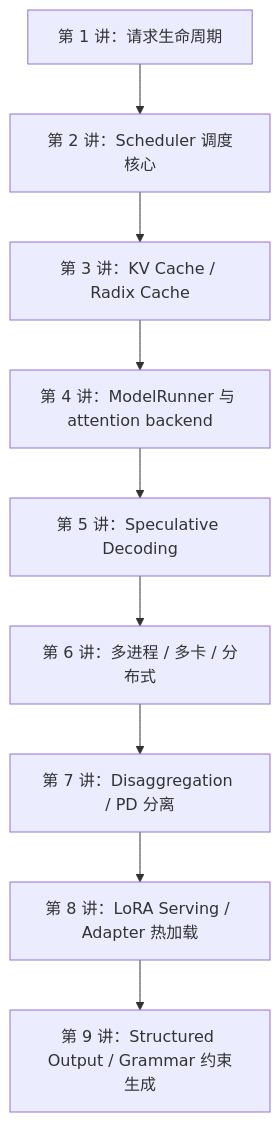
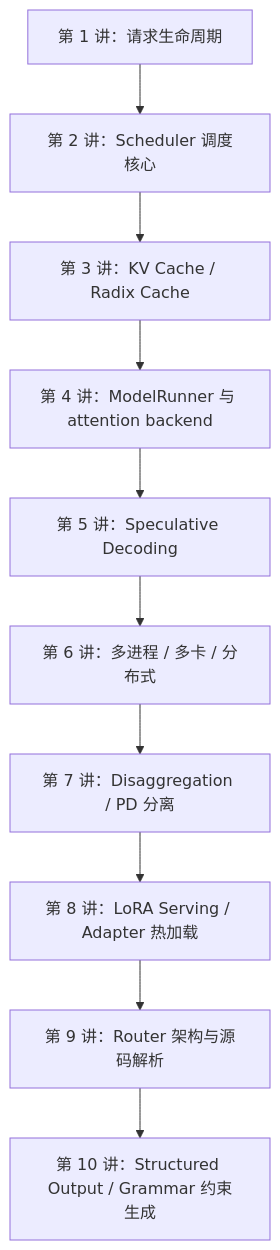
One commit to cl-vv-h/SGLang_Tutor changed the diagram in learning/sglang-source-reading/README.md. Above: the diagram before and after it, drawn with Mermaid. The commit also changed other lines of this file and 1 other file, not shown here.

Commit message:
Add router source reading lesson

````diff
--- a/learning/sglang-source-reading/README.md
+++ b/learning/sglang-source-reading/README.md
@@ -7,11 +7,12 @@
 ```mermaid
 flowchart TD
   A["第 1 讲：请求生命周期"] --> B["第 2 讲：Scheduler 调度核心"]
   B --> C["第 3 讲：KV Cache / Radix Cache"]
   C --> D["第 4 讲：ModelRunner 与 attention backend"]
   D --> E["第 5 讲：Speculative Decoding"]
   E --> F["第 6 讲：多进程 / 多卡 / 分布式"]
   F --> G["第 7 讲：Disaggregation / PD 分离"]
   G --> H["第 8 讲：LoRA Serving / Adapter 热加载"]
-  H --> I["第 9 讲：Structured Output / Grammar 约束生成"]
+  H --> I["第 9 讲：Router 架构与源码解析"]
+  I --> J["第 10 讲：Structured Output / Grammar 约束生成"]
 ```
````
